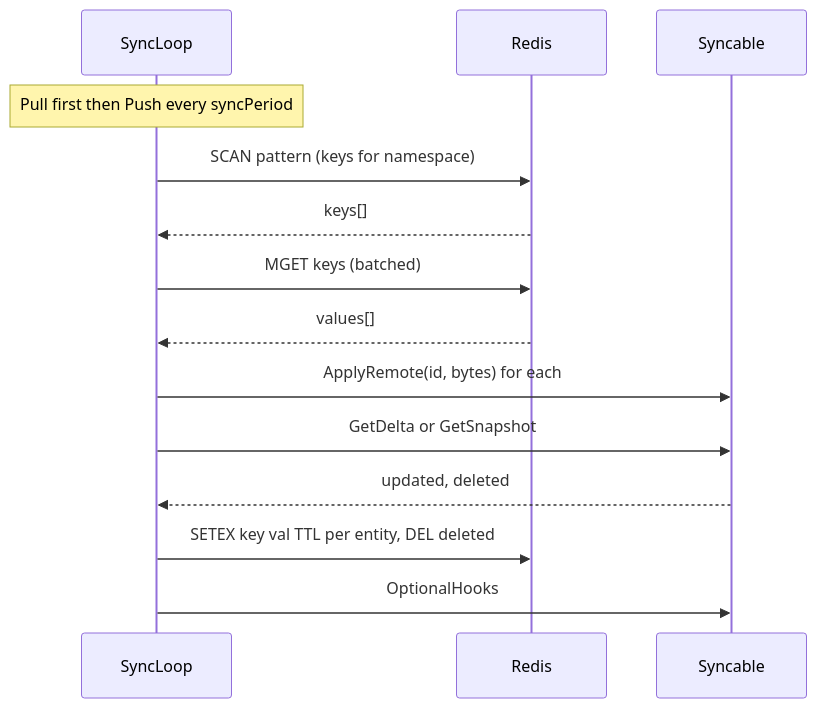
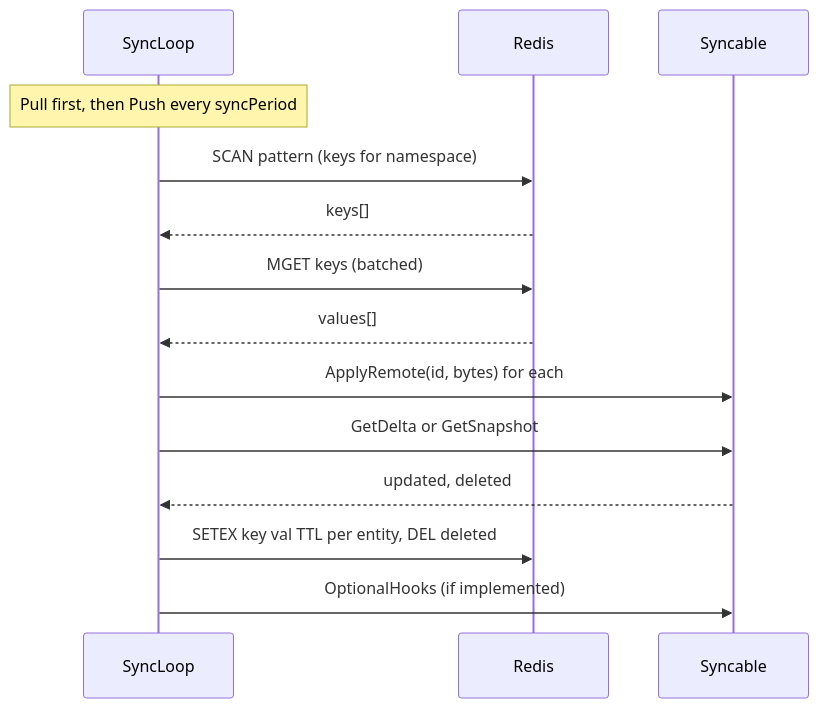
One commit to vllm-project/aibrix changed the diagram in pkg/plugins/gateway/redissync/README.md. Above: the diagram before and after it, drawn with Mermaid. The commit also changed other lines of this file and 9 other files, not shown here.

````diff
--- a/pkg/plugins/gateway/redissync/README.md
+++ b/pkg/plugins/gateway/redissync/README.md
@@ -43,16 +33,16 @@
 ```mermaid
 sequenceDiagram
     participant SyncLoop
     participant Redis
     participant Syncable
-    Note over SyncLoop: Pull first then Push every syncPeriod
+    Note over SyncLoop: Pull first, then Push every syncPeriod
     SyncLoop->>Redis: SCAN pattern (keys for namespace)
     Redis-->>SyncLoop: keys[]
     SyncLoop->>Redis: MGET keys (batched)
     Redis-->>SyncLoop: values[]
     SyncLoop->>Syncable: ApplyRemote(id, bytes) for each
     SyncLoop->>Syncable: GetDelta or GetSnapshot
     Syncable-->>SyncLoop: updated, deleted
     SyncLoop->>Redis: SETEX key val TTL per entity, DEL deleted
-    SyncLoop->>Syncable: OptionalHooks
+    SyncLoop->>Syncable: OptionalHooks (if implemented)
 ```
````
